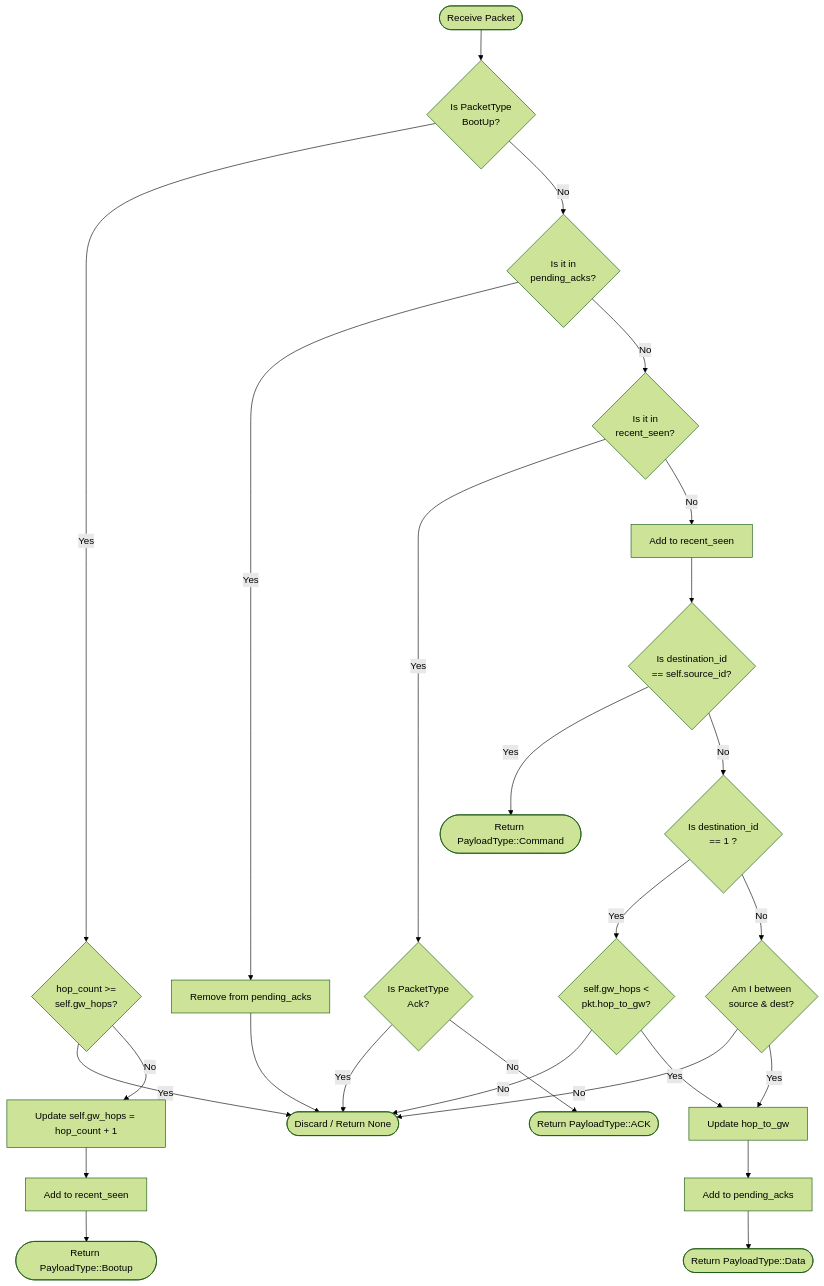
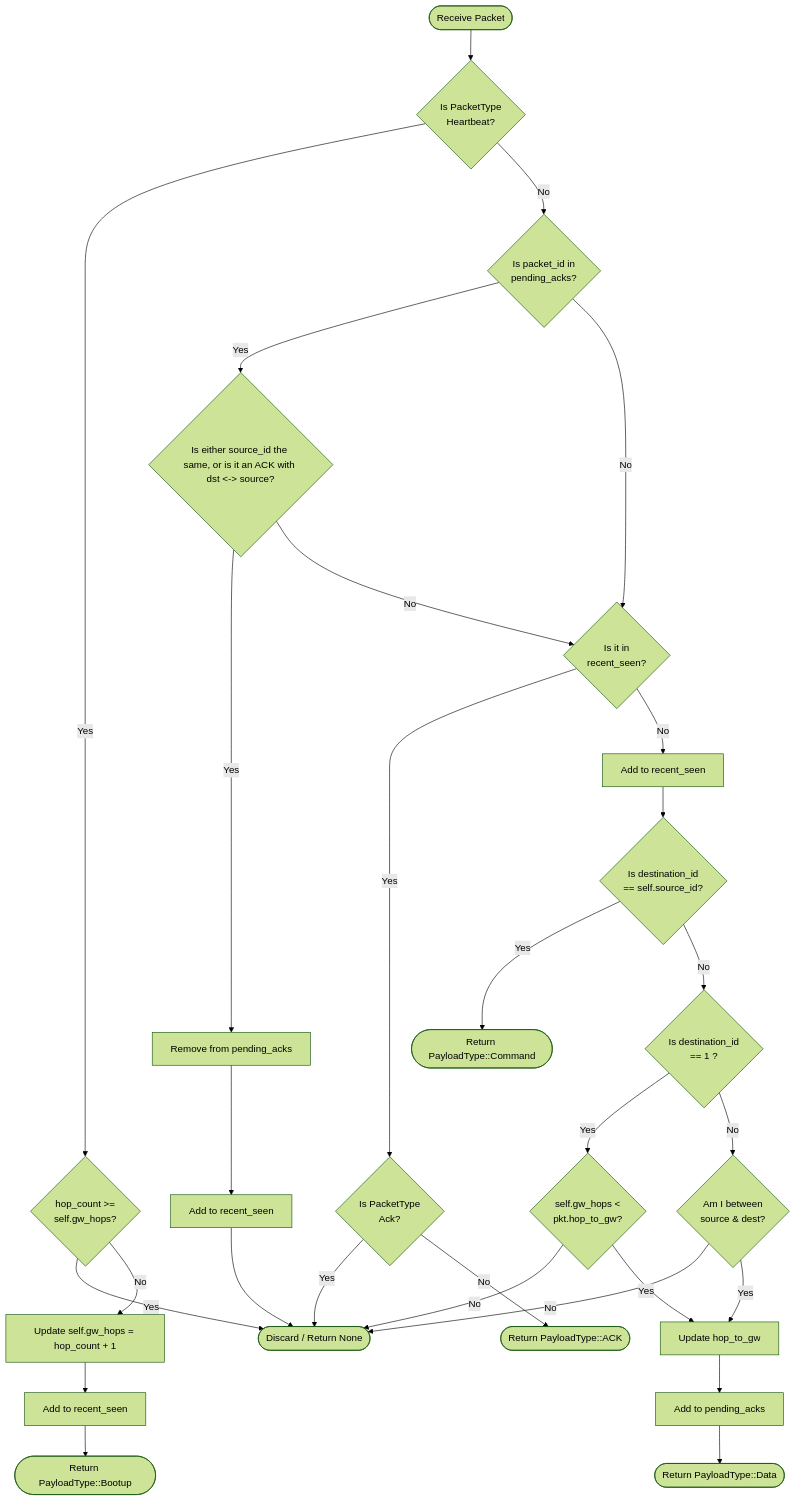
The first of 2 diagrams in must-hop/src/node/nm.md (jakobolason/must-hop), drawn with Mermaid (forest theme) before and after one commit. The commit also changed other lines of this file and 1 other file, not shown here.

Commit message:
update graphs

````diff
--- a/must-hop/src/node/nm.md
+++ b/must-hop/src/node/nm.md
@@ -5,43 +5,45 @@
 ```mermaid
 graph TD
-    Start([Receive Packet]) --> IsBootup{Is PacketType <br> BootUp?}
+    Start([Receive Packet]) --> IsHeartbeat{Is PacketType <br> Heartbeat?}
 
-    %% Bootup flow
-    IsBootup -- Yes --> CheckBootupHop{hop_count >= <br> self.gw_hops?}
-    CheckBootupHop -- Yes --> Discard([Discard / Return None])
-    CheckBootupHop -- No --> UpdateGW[Update self.gw_hops = hop_count + 1]
+    %% Heartbeat flow
+    IsHeartbeat -- Yes --> CheckHeartbeatHop{hop_count >= <br> self.gw_hops?}
+    CheckHeartbeatHop -- Yes --> Discard([Discard / Return None])
+    CheckHeartbeatHop -- No --> UpdateGW[Update self.gw_hops = hop_count + 1]
     UpdateGW --> AddSeen1[Add to recent_seen]
-    AddSeen1 --> RetBootup([Return PayloadType::Bootup])
+    AddSeen1 --> RetHeartbeat([Return PayloadType::Bootup])
 
     %% Pending ACKs check
-    IsBootup -- No --> CheckPending{Is it in <br> pending_acks?}
-    CheckPending -- Yes --> RemovePending[Remove from pending_acks]
-    RemovePending --> Discard
+    IsHeartbeat -- No --> CheckPending{Is packet_id in <br> pending_acks?}
+    CheckPending -- Yes --> CheckCorrectPend{Is either source_id the same, or is it an ACK with dst <-> source?}
+    CheckCorrectPend -- Yes --> RemovePending[Remove from pending_acks]
+    CheckCorrectPend -- No --> CheckSeen
+    RemovePending --> AddRecentSeen[Add to recent_seen] --> Discard
 
     %% Duplicate / Recent Seen check
     CheckPending -- No --> CheckSeen{Is it in <br> recent_seen?}
     CheckSeen -- Yes --> IsAckType{Is PacketType <br> Ack?}
     IsAckType -- Yes --> Discard
     IsAckType -- No --> RetAck([Return PayloadType::ACK])
 
     %% New packet flow
     CheckSeen -- No --> AddSeen2[Add to recent_seen]
     AddSeen2 --> IsForMe{Is destination_id <br> == self.source_id?}
 
     %% For Me
     IsForMe -- Yes --> RetCommand([Return PayloadType::Command])
 
     %% Forwarding logic
     IsForMe -- No --> IsGWBound{Is destination_id <br> == 1 ?}
     IsGWBound -- Yes --> CloserToGW{self.gw_hops < <br> pkt.hop_to_gw?}
     IsGWBound -- No --> InBetween{Am I between <br> source & dest?}
 
     CloserToGW -- No --> Discard
     InBetween -- No --> Discard
 
     CloserToGW -- Yes --> PrepForward[Update hop_to_gw]
     InBetween -- Yes --> PrepForward
 
     PrepForward --> AddToPending[Add to pending_acks]
     AddToPending --> RetData([Return PayloadType::Data])
 ```
````
